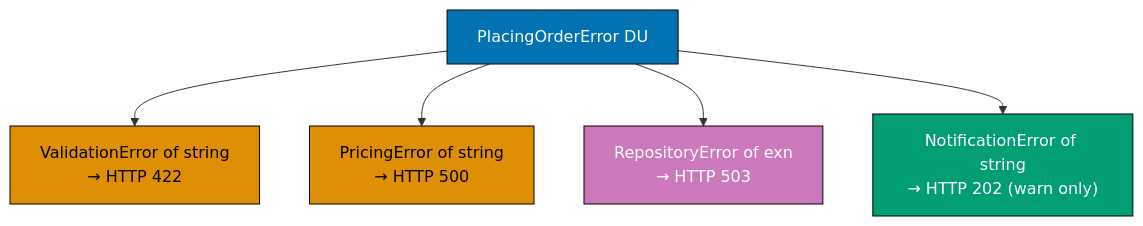
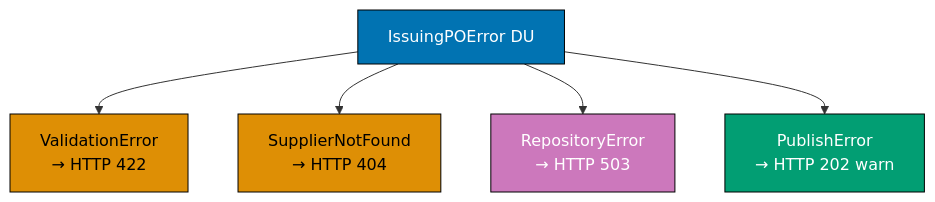
One commit to wahidyankf/open-sharia-enterprise changed the third of 6 diagrams in apps/ayokoding-web/content/en/learn/software-engineering/architecture/hexagonal-architecture/fp-by-example/intermediate.md. Above: the diagram before and after it, drawn with Mermaid. The commit also changed other lines of this file and 38 other files, not shown here.

First line of the commit message:
docs(ayokoding-web): unify architecture tutorials on shared P2P domain

````diff
--- a/apps/ayokoding-web/content/en/learn/software-engineering/architecture/hexagonal-architecture/fp-by-example/intermediate.md
+++ b/apps/ayokoding-web/content/en/learn/software-engineering/architecture/hexagonal-architecture/fp-by-example/intermediate.md
@@ -414,18 +379,18 @@
 ```mermaid
 graph TD
-    E["PlacingOrderError DU"]:::blue
-    V["ValidationError of string\n→ HTTP 422"]:::orange
-    P["PricingError of string\n→ HTTP 500"]:::orange
-    R["RepositoryError of exn\n→ HTTP 503"]:::purple
-    N["NotificationError of string\n→ HTTP 202 (warn only)"]:::teal
+    E["IssuingPOError DU"]:::blue
+    V["ValidationError\n→ HTTP 422"]:::orange
+    S["SupplierNotFound\n→ HTTP 404"]:::orange
+    R["RepositoryError\n→ HTTP 503"]:::purple
+    P["PublishError\n→ HTTP 202 warn"]:::teal
 
     E --> V
+    E --> S
+    E --> R
     E --> P
-    E --> R
-    E --> N
 
     classDef blue fill:#0173B2,stroke:#000,color:#fff
     classDef orange fill:#DE8F05,stroke:#000,color:#000
     classDef purple fill:#CC78BC,stroke:#000,color:#fff
     classDef teal fill:#029E73,stroke:#000,color:#fff
 ```
````
